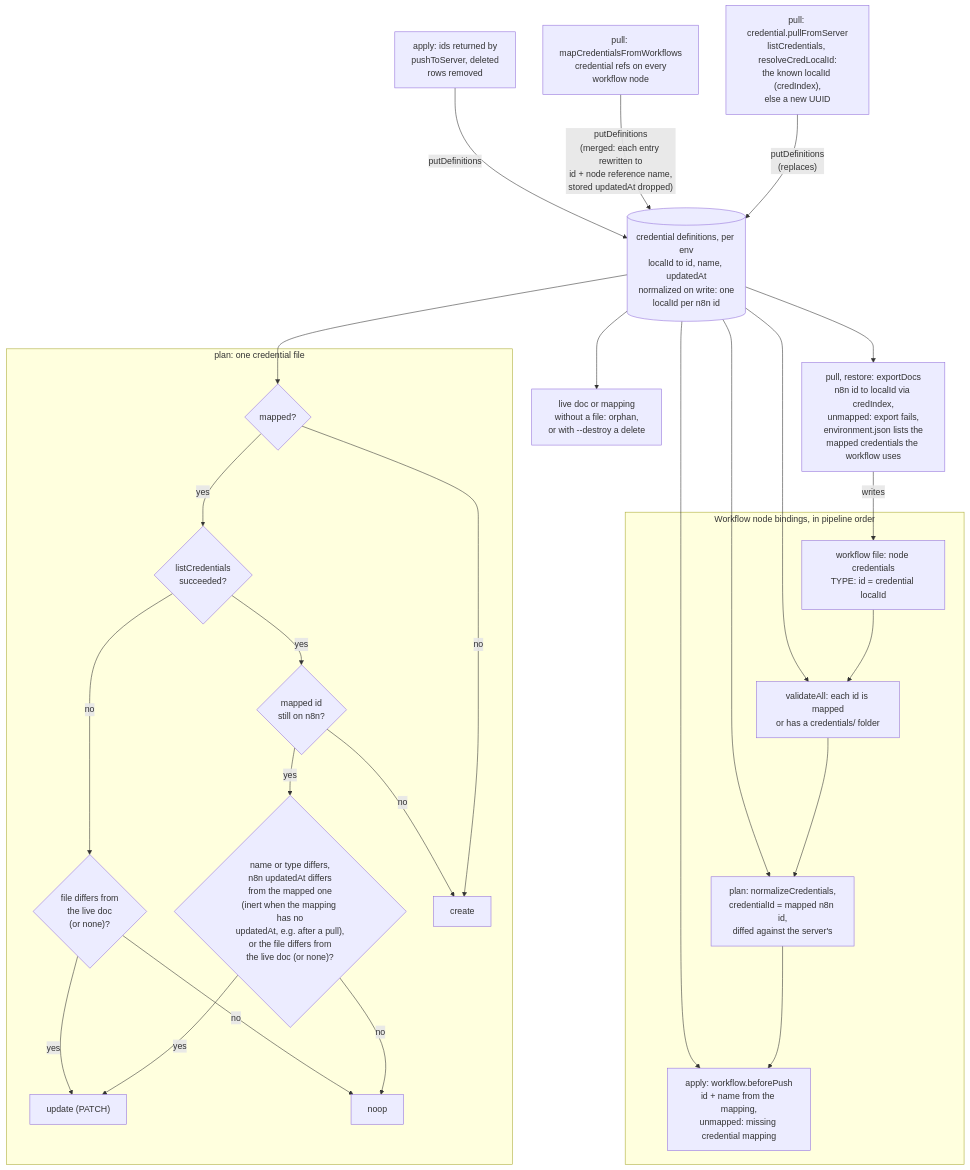
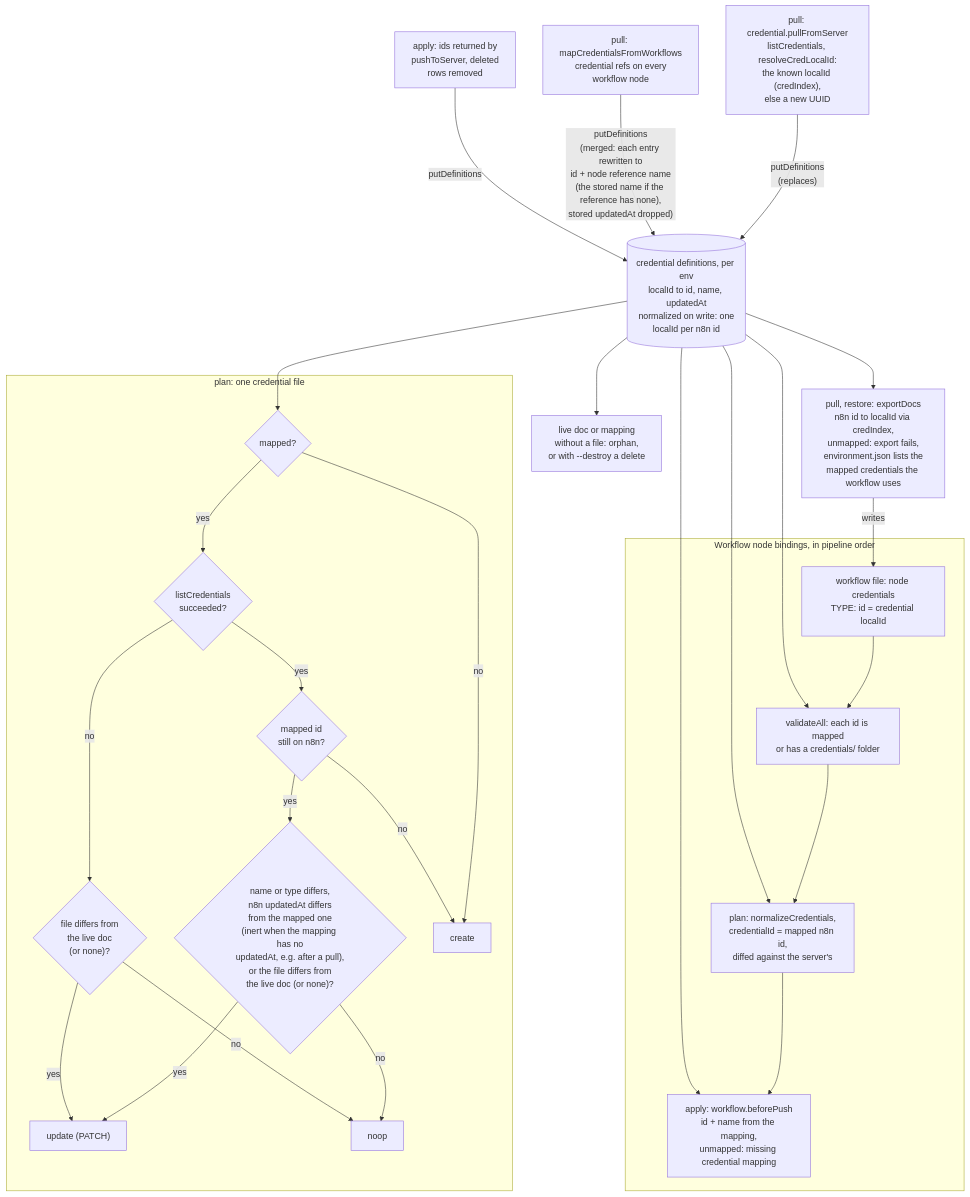
One commit to nullseal/n8c changed the fifth of 15 diagrams in docs/ARCHITECTURE.md. Above: the diagram before and after it, drawn with Mermaid. The commit also changed other lines of this file and 1 other file, not shown here.

````diff
--- a/docs/ARCHITECTURE.md
+++ b/docs/ARCHITECTURE.md
@@ -280,46 +281,46 @@
 ```mermaid
 flowchart TD
     PF["pull: credential.pullFromServer<br/>listCredentials, resolveCredLocalId:<br/>the known localId (credIndex),<br/>else a new UUID"]
     MW["pull: mapCredentialsFromWorkflows<br/>credential refs on every<br/>workflow node"]
     AP["apply: ids returned by<br/>pushToServer, deleted<br/>rows removed"]
     DEFS[("credential definitions, per env<br/>localId to id, name, updatedAt<br/>normalized on write: one<br/>localId per n8n id")]
     PF -->|"putDefinitions<br/>(replaces)"| DEFS
-    MW -->|"putDefinitions<br/>(merged: each entry rewritten to<br/>id + node reference name,<br/>stored updatedAt dropped)"| DEFS
+    MW -->|"putDefinitions<br/>(merged: each entry rewritten to<br/>id + node reference name<br/>(the stored name if the reference has none),<br/>stored updatedAt dropped)"| DEFS
     AP -->|"putDefinitions"| DEFS
 
     subgraph PLAN["plan: one credential file"]
         M{"mapped?"}
         L{"listCredentials<br/>succeeded?"}
         S{"mapped id<br/>still on n8n?"}
         D{"name or type differs,<br/>n8n updatedAt differs<br/>from the mapped one<br/>(inert when the mapping has no<br/>updatedAt, e.g. after a pull),<br/>or the file differs from<br/>the live doc (or none)?"}
         F{"file differs from<br/>the live doc<br/>(or none)?"}
         CREATE["create"]
         UPDATE["update (PATCH)"]
         NOOP["noop"]
         M -->|"no"| CREATE
         M -->|"yes"| L
         L -->|"no"| F
         L -->|"yes"| S
         S -->|"no"| CREATE
         S -->|"yes"| D
         D -->|"yes"| UPDATE
         D -->|"no"| NOOP
         F -->|"yes"| UPDATE
         F -->|"no"| NOOP
     end
     DEFS --> M
     DEFS --> GONE["live doc or mapping<br/>without a file: orphan,<br/>or with --destroy a delete"]
 
     subgraph BIND["Workflow node bindings, in pipeline order"]
         NF["workflow file: node credentials<br/>TYPE: id = credential localId"]
         V["validateAll: each id is mapped<br/>or has a credentials/ folder"]
         N["plan: normalizeCredentials,<br/>credentialId = mapped n8n id,<br/>diffed against the server's"]
         B["apply: workflow.beforePush<br/>id + name from the mapping,<br/>unmapped: missing credential mapping"]
         NF --> V --> N --> B
     end
     DEFS --> V
     DEFS --> N
     DEFS --> B
     DEFS --> X["pull, restore: exportDocs<br/>n8n id to localId via credIndex,<br/>unmapped: export fails,<br/>environment.json lists the<br/>mapped credentials the workflow uses"]
     X -->|"writes"| NF
 ```
````
